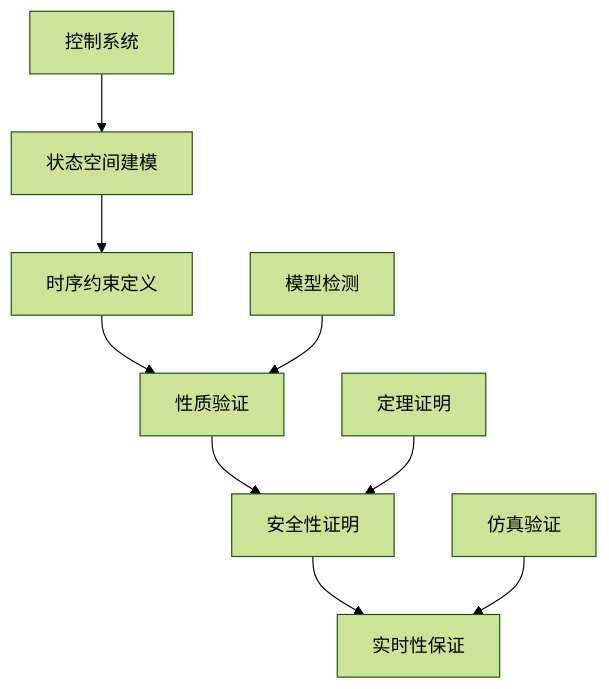
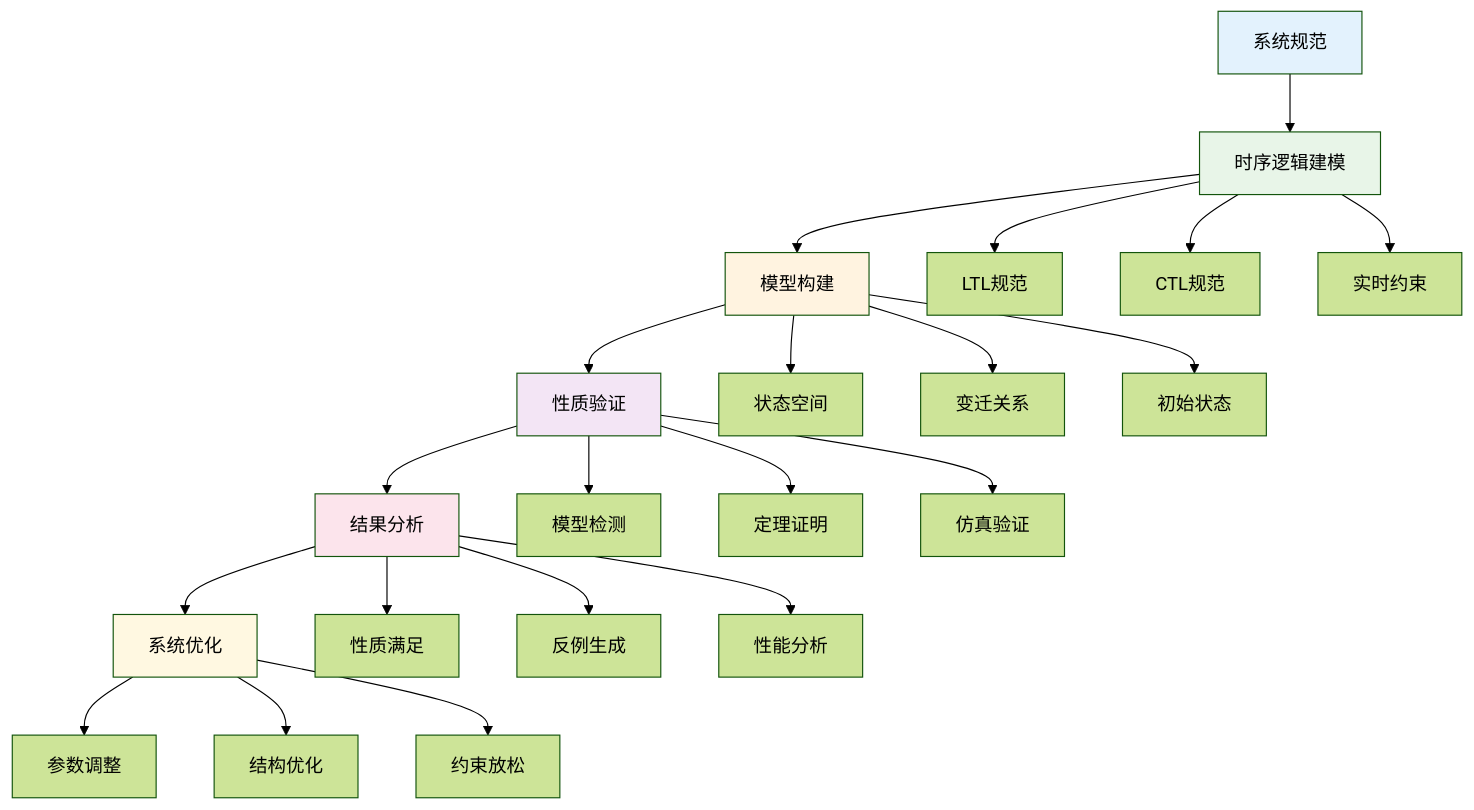
The seventh of 9 diagrams in analysis/1-形式化理论/1.3-时序逻辑与控制/1.3.6-图表与多表征.md (AdaMartin18010/Lean), drawn with Mermaid (forest theme) before and after one commit. The commit also changed other lines of this file and 24 other files, not shown here.

````diff
--- a/analysis/1-形式化理论/1.3-时序逻辑与控制/1.3.6-图表与多表征.md
+++ b/analysis/1-形式化理论/1.3-时序逻辑与控制/1.3.6-图表与多表征.md
@@ -100,12 +318,35 @@
 ```mermaid
-graph TD
-  A[控制系统] --> B[状态空间建模]
-  B --> C[时序约束定义]
-  C --> D[性质验证]
-  D --> E[安全性证明]
-  E --> F[实时性保证]
-  
-  G[模型检测] --> D
-  H[定理证明] --> E
-  I[仿真验证] --> F
+graph TB
+    A[系统规范] --> B[时序逻辑建模]
+    B --> C[模型构建]
+    C --> D[性质验证]
+    D --> E[结果分析]
+    E --> F[系统优化]
+    
+    B --> G[LTL规范]
+    B --> H[CTL规范]
+    B --> I[实时约束]
+    
+    C --> J[状态空间]
+    C --> K[变迁关系]
+    C --> L[初始状态]
+    
+    D --> M[模型检测]
+    D --> N[定理证明]
+    D --> O[仿真验证]
+    
+    E --> P[性质满足]
+    E --> Q[反例生成]
+    E --> R[性能分析]
+    
+    F --> S[参数调整]
+    F --> T[结构优化]
+    F --> U[约束放松]
+    
+    style A fill:#e3f2fd
+    style B fill:#e8f5e8
+    style C fill:#fff3e0
+    style D fill:#f3e5f5
+    style E fill:#fce4ec
+    style F fill:#fff8e1
 ```
````
